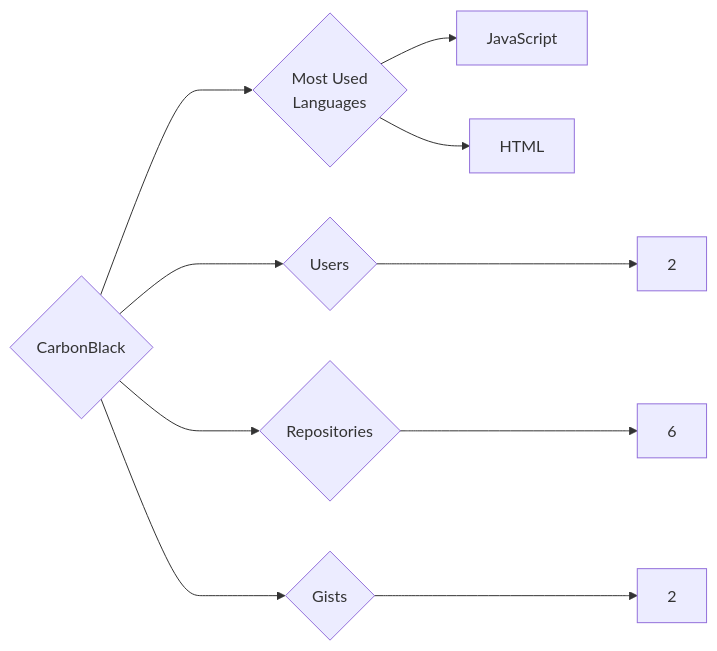
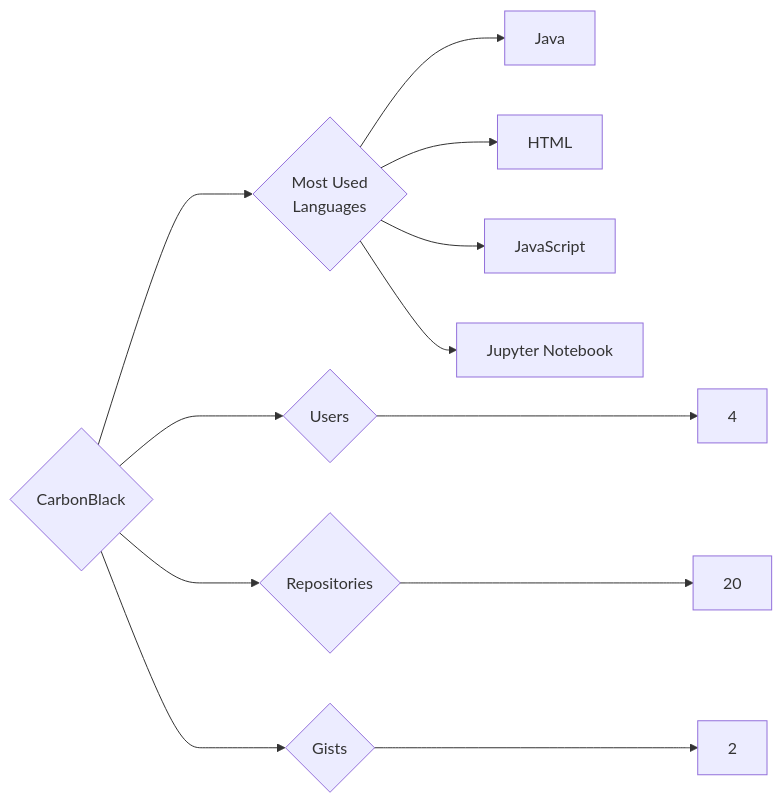
Before and after one commit to trickest/insiders: the diagram in targets/CarbonBlack/README.md, drawn with Mermaid. The commit also changed 1149 other files, not shown here.

````diff
--- a/targets/CarbonBlack/README.md
+++ b/targets/CarbonBlack/README.md
@@ -3,10 +3,12 @@
 ```mermaid
 graph LR
 COMPANY_NAME{CarbonBlack}
-COMPANY_NAME ---> U{Users} ---> UN[2]
-COMPANY_NAME ---> R{Repositories} ---> RN[6]
+COMPANY_NAME ---> U{Users} ---> UN[4]
+COMPANY_NAME ---> R{Repositories} ---> RN[20]
 COMPANY_NAME ---> G{Gists} ---> GN[2]
 COMPANY_NAME ---> ML{Most Used<br>Languages}
+ML --> Java[Java]
+ML --> HTML[HTML]
 ML --> JavaScript[JavaScript]
-ML --> HTML[HTML]
+ML --> Jupyter_Notebook[Jupyter Notebook]
 ```
````
